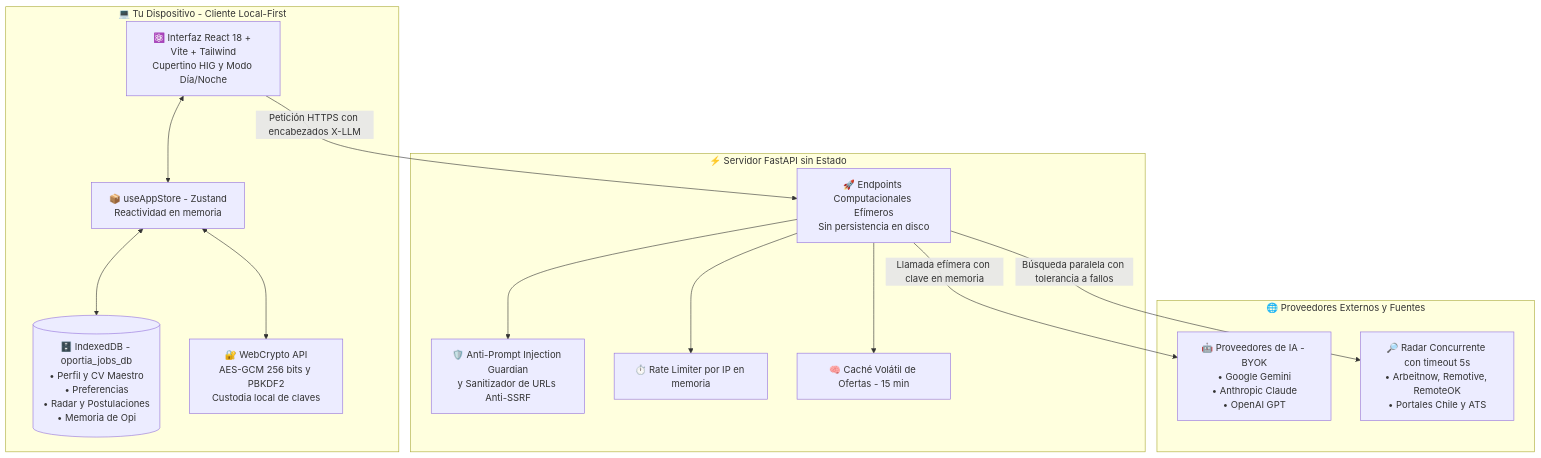
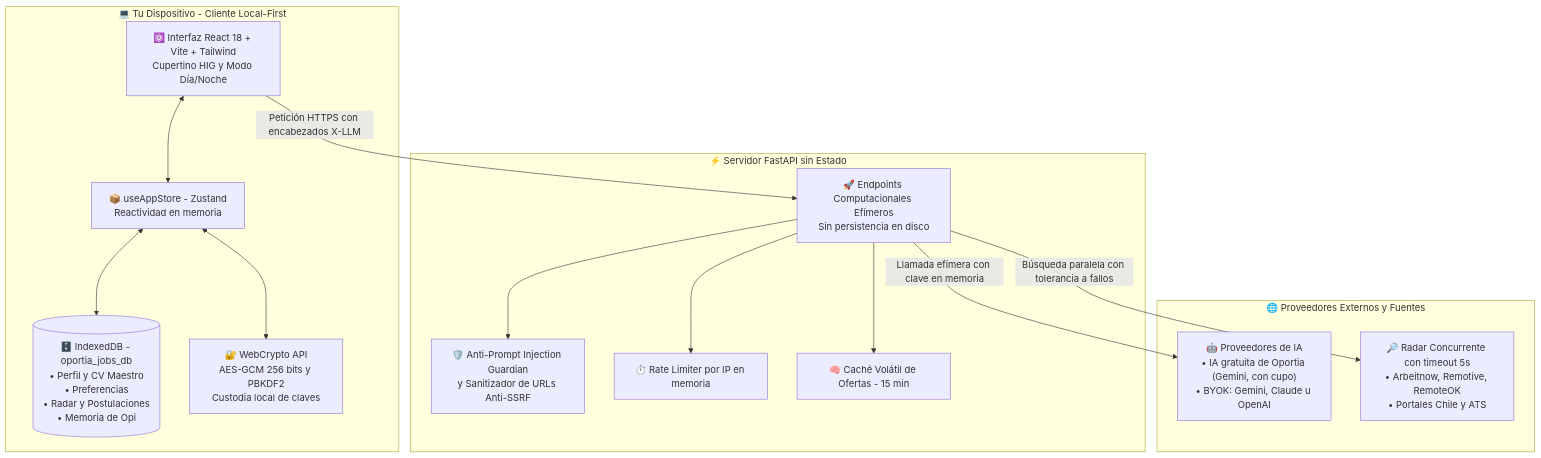
One commit to alejandroham/Oportia.jobs changed the diagram in README.md. Above: the diagram before and after it, drawn with Mermaid. The commit also changed other lines of this file and 2 other files, not shown here.

Commit message:
docs: IA gratuita en PRIVACY, README y CHANGELOG

````diff
--- a/README.md
+++ b/README.md
@@ -38,31 +38,31 @@
 ```mermaid
 flowchart TD
     subgraph Navegador ["💻 Tu Dispositivo - Cliente Local-First"]
         UI["⚛️ Interfaz React 18 + Vite + Tailwind<br>Cupertino HIG y Modo Día/Noche"]
         Store["📦 useAppStore - Zustand<br>Reactividad en memoria"]
         IDB[("🗄️ IndexedDB - oportia_jobs_db<br>• Perfil y CV Maestro<br>• Preferencias<br>• Radar y Postulaciones<br>• Memoria de Opi")]
         Crypto["🔐 WebCrypto API<br>AES-GCM 256 bits y PBKDF2<br>Custodia local de claves"]
     end
 
     subgraph Backend ["⚡ Servidor FastAPI sin Estado"]
         API["🚀 Endpoints Computacionales Efímeros<br>Sin persistencia en disco"]
         Guard["🛡️ Anti-Prompt Injection Guardian<br>y Sanitizador de URLs Anti-SSRF"]
         Limiter["⏱️ Rate Limiter por IP en memoria"]
         Cache["🧠 Caché Volátil de Ofertas - 15 min"]
     end
 
     subgraph Externo ["🌐 Proveedores Externos y Fuentes"]
-        LLM["🤖 Proveedores de IA - BYOK<br>• Google Gemini<br>• Anthropic Claude<br>• OpenAI GPT"]
+        LLM["🤖 Proveedores de IA<br>• IA gratuita de Oportia (Gemini, con cupo)<br>• BYOK: Gemini, Claude u OpenAI"]
         Scrapers["🔎 Radar Concurrente con timeout 5s<br>• Arbeitnow, Remotive, RemoteOK<br>• Portales Chile y ATS"]
     end
 
     UI <--> Store
     Store <--> IDB
     Store <--> Crypto
     UI -->|Petición HTTPS con encabezados X-LLM| API
     API --> Guard
     API --> Limiter
     API --> Cache
     API -->|Llamada efímera con clave en memoria| LLM
     API -->|Búsqueda paralela con tolerancia a fallos| Scrapers
 ```
````
